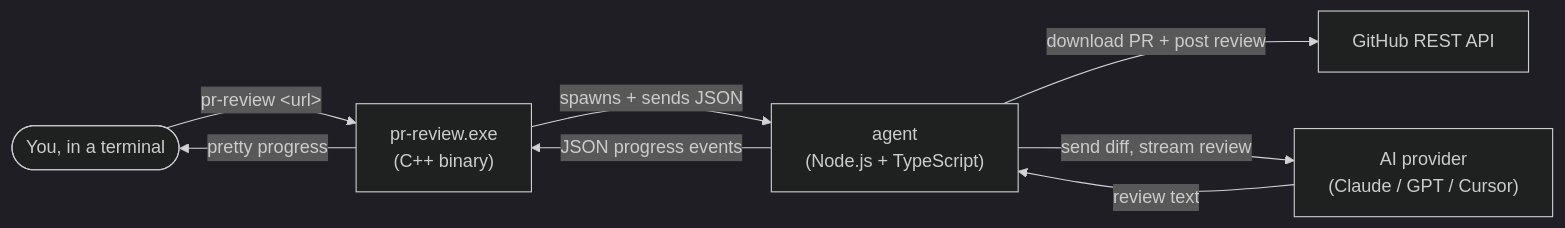
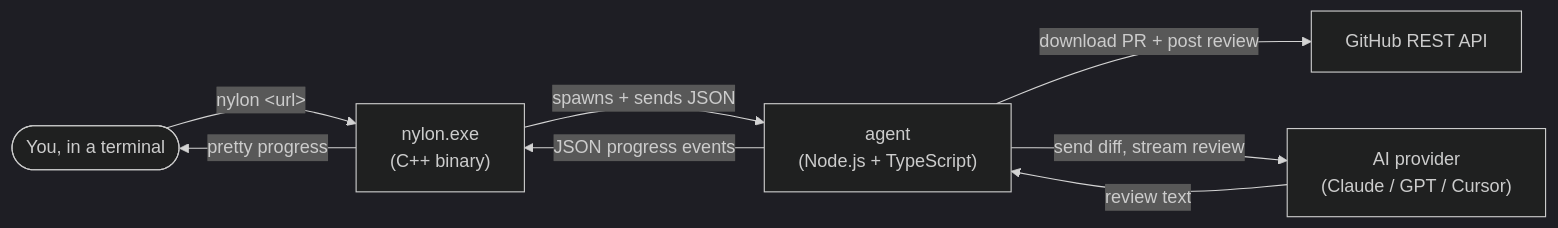
Before and after one commit to elefinnt/Nylon: the diagram in README.md, drawn with Mermaid (dark theme). The commit also changed other lines of this file, not shown here.

Commit message:
docs(readme): reflect nylon rename for CLI, paths and NYLON_* env vars

````diff
--- a/README.md
+++ b/README.md
@@ -90,16 +90,16 @@
 ```mermaid
 flowchart LR
     User([You, in a terminal])
-    CLI["pr-review.exe<br/>(C++ binary)"]
+    CLI["nylon.exe<br/>(C++ binary)"]
     Agent["agent<br/>(Node.js + TypeScript)"]
     GH["GitHub REST API"]
     Prov["AI provider<br/>(Claude / GPT / Cursor)"]
 
-    User -- "pr-review &lt;url&gt;" --> CLI
+    User -- "nylon &lt;url&gt;" --> CLI
     CLI -- "spawns + sends JSON" --> Agent
     Agent -- "JSON progress events" --> CLI
     CLI -- "pretty progress" --> User
     Agent -- "download PR + post review" --> GH
     Agent -- "send diff, stream review" --> Prov
     Prov -- "review text" --> Agent
 ```
````
